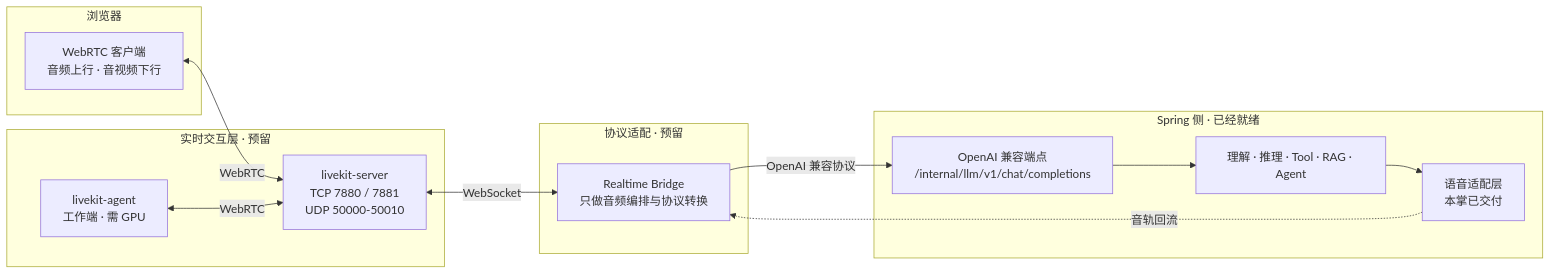
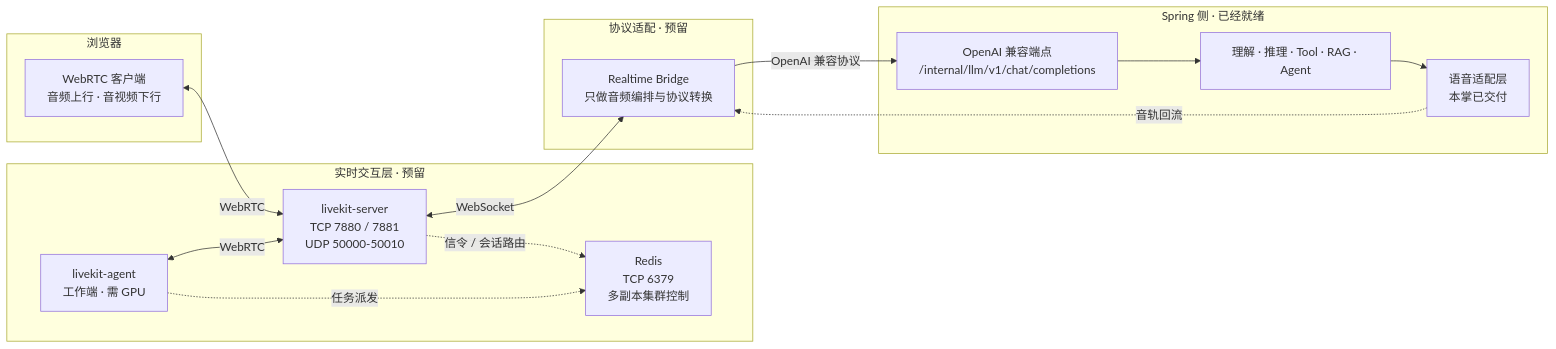
The sixth of 6 diagrams in docs/ch19-数字人功能升级.md (lifuchun522/springaialibabapractice), drawn with Mermaid before and after one commit. The commit also changed other lines of this file and 3 other files, not shown here.

First line of the commit message:
docs(readme,ch19): README 精简为四段导读，架构图补 Redis 实时层集群控制

````diff
--- a/docs/ch19-数字人功能升级.md
+++ b/docs/ch19-数字人功能升级.md
@@ -368,29 +380,32 @@
 ```mermaid
 flowchart LR
     subgraph BROWSER["浏览器"]
         WEB["WebRTC 客户端<br/>音频上行 · 音视频下行"]
     end
 
     subgraph RTC["实时交互层 · 预留"]
         LKS["livekit-server<br/>TCP 7880 / 7881<br/>UDP 50000-50010"]
         LKA["livekit-agent<br/>工作端 · 需 GPU"]
+        REDIS["Redis<br/>TCP 6379<br/>多副本集群控制"]
     end
 
     subgraph BRIDGE["协议适配 · 预留"]
         RB["Realtime Bridge<br/>只做音频编排与协议转换"]
     end
 
     subgraph SPRING["Spring 侧 · 已经就绪"]
         INTERNAL["OpenAI 兼容端点<br/>/internal/llm/v1/chat/completions"]
         BRAIN["理解 · 推理 · Tool · RAG · Agent"]
         TTS_AD["语音适配层<br/>本掌已交付"]
     end
 
     WEB <-->|"WebRTC"| LKS
     LKA <-->|"WebRTC"| LKS
     LKS <-->|"WebSocket"| RB
+    LKS -.->|"信令 / 会话路由"| REDIS
+    LKA -.->|"任务派发"| REDIS
     RB -->|"OpenAI 兼容协议"| INTERNAL
     INTERNAL --> BRAIN
     BRAIN --> TTS_AD
     TTS_AD -.->|"音轨回流"| RB
 ```
````
